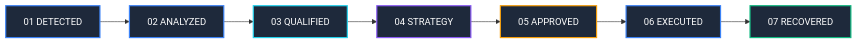
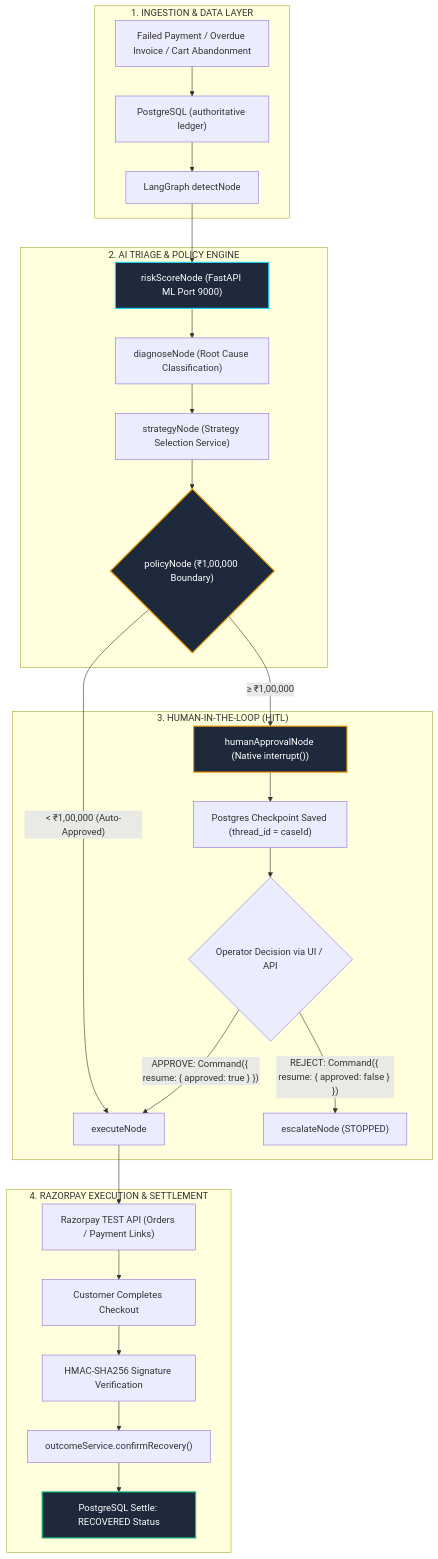
Before and after one commit to siddharth07-code/Razorpay-buildathon: the first of 2 diagrams in README.md, drawn with Mermaid. The commit also changed other lines of this file and 1 other file, not shown here.

````diff
--- a/README.md
+++ b/README.md
@@ -62,17 +56,36 @@
 ```mermaid
-flowchart LR
-    A["01 DETECTED"] --> B["02 ANALYZED"]
-    B --> C["03 QUALIFIED"]
-    C --> D["04 STRATEGY"]
-    D --> E["05 APPROVED"]
-    E --> F["06 EXECUTED"]
-    F --> G["07 RECOVERED"]
-    
-    style A fill:#1e293b,stroke:#3b82f6,stroke-width:2px,color:#fff
-    style B fill:#1e293b,stroke:#3b82f6,stroke-width:2px,color:#fff
-    style C fill:#1e293b,stroke:#22d3ee,stroke-width:2px,color:#fff
-    style D fill:#1e293b,stroke:#8b5cf6,stroke-width:2px,color:#fff
-    style E fill:#1e293b,stroke:#f59e0b,stroke-width:2px,color:#fff
-    style F fill:#1e293b,stroke:#3b82f6,stroke-width:2px,color:#fff
-    style G fill:#1e293b,stroke:#10b981,stroke-width:2px,color:#fff
+flowchart TD
+    subgraph INGESTION["1. INGESTION & DATA LAYER"]
+        A["Failed Payment / Overdue Invoice / Cart Abandonment"] --> B["PostgreSQL (authoritative ledger)"]
+        B --> C["LangGraph detectNode"]
+    end
+
+    subgraph TRIAGE["2. AI TRIAGE & POLICY ENGINE"]
+        C --> D["riskScoreNode (FastAPI ML Port 9000)"]
+        D --> E["diagnoseNode (Root Cause Classification)"]
+        E --> F["strategyNode (Strategy Selection Service)"]
+        F --> G{"policyNode (₹1,00,000 Boundary)"}
+    end
+
+    subgraph HITL["3. HUMAN-IN-THE-LOOP (HITL)"]
+        G -- "≥ ₹1,00,000" --> H["humanApprovalNode (Native interrupt())"]
+        H --> I["Postgres Checkpoint Saved (thread_id = caseId)"]
+        I --> J{"Operator Decision via UI / API"}
+        J -- "APPROVE: Command({ resume: { approved: true } })" --> K["executeNode"]
+        J -- "REJECT: Command({ resume: { approved: false } })" --> L["escalateNode (STOPPED)"]
+    end
+
+    subgraph EXECUTION["4. RAZORPAY EXECUTION & SETTLEMENT"]
+        G -- "< ₹1,00,000 (Auto-Approved)" --> K
+        K --> M["Razorpay TEST API (Orders / Payment Links)"]
+        M --> N["Customer Completes Checkout"]
+        N --> O["HMAC-SHA256 Signature Verification"]
+        O --> P["outcomeService.confirmRecovery()"]
+        P --> Q["PostgreSQL Settle: RECOVERED Status"]
+    end
+
+    style G fill:#1e293b,stroke:#f59e0b,stroke-width:2px,color:#fff
+    style H fill:#1e293b,stroke:#f59e0b,stroke-width:2px,color:#fff
+    style D fill:#1e293b,stroke:#22d3ee,stroke-width:2px,color:#fff
+    style Q fill:#1e293b,stroke:#10b981,stroke-width:2px,color:#fff
 ```
````
